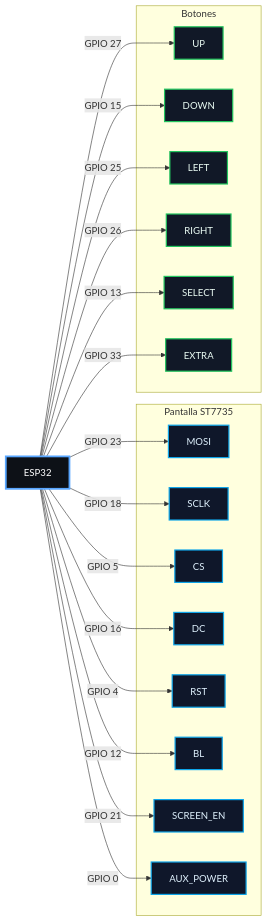
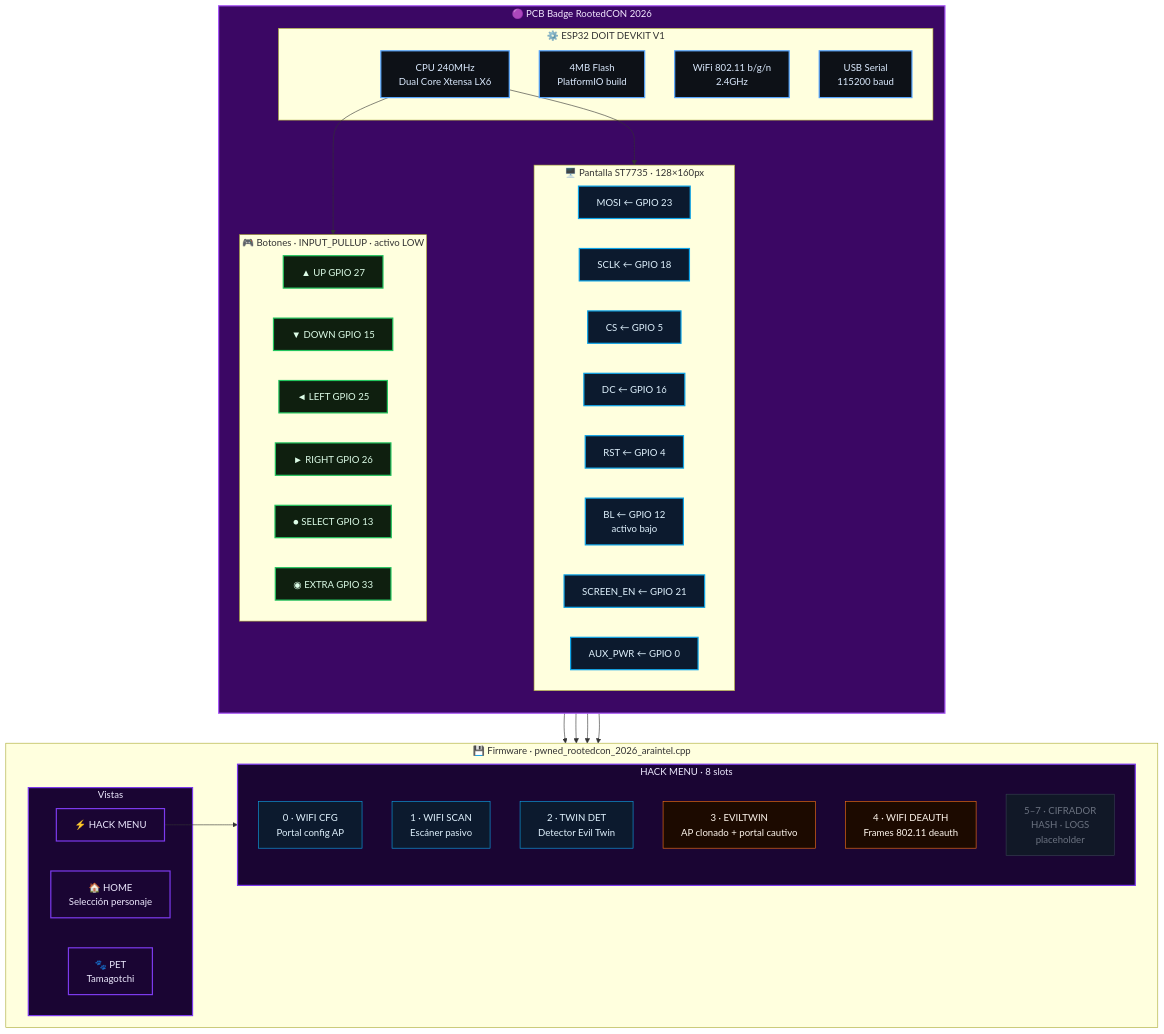
The fourth of 4 diagrams in README.md (0x72656e7675/pwned_rootedcon2026_badge_araintel), drawn with Mermaid before and after one commit. The commit also changed other lines of this file, not shown here.

Commit message:
Refactor README.md to enhance hardware diagram and project description

````diff
--- a/README.md
+++ b/README.md
@@ -290,47 +343,81 @@
 ```mermaid
-graph LR
-    ESP32["ESP32"]
+graph TB
+    subgraph BADGE["🟣 PCB Badge RootedCON 2026"]
+        direction TB
 
-    subgraph TFT["Pantalla ST7735"]
-        MOSI["MOSI"]
-        SCLK["SCLK"]
-        CS["CS"]
-        DC["DC"]
-        RST["RST"]
-        BL["BL"]
-        SCREEN_EN["SCREEN_EN"]
-        AUX_POWER["AUX_POWER"]
+        subgraph CORE["⚙️ ESP32 DOIT DEVKIT V1"]
+            CPU["CPU 240MHz\nDual Core Xtensa LX6"]
+            FLASH["4MB Flash\nPlatformIO build"]
+            WIFI_HW["WiFi 802.11 b/g/n\n2.4GHz"]
+            USB["USB Serial\n115200 baud"]
+        end
+
+        subgraph DISPLAY["🖥️ Pantalla ST7735 · 128×160px"]
+            direction LR
+            MOSI["MOSI ← GPIO 23"]
+            SCLK["SCLK ← GPIO 18"]
+            CS["CS   ← GPIO  5"]
+            DC["DC   ← GPIO 16"]
+            RST["RST  ← GPIO  4"]
+            BL["BL   ← GPIO 12\n activo bajo"]
+            SCREN["SCREEN_EN ← GPIO 21"]
+            AUXP["AUX_PWR   ← GPIO  0"]
+        end
+
+        subgraph BUTTONS["🎮 Botones · INPUT_PULLUP · activo LOW"]
+            direction LR
+            BUP["▲ UP     GPIO 27"]
+            BDOWN["▼ DOWN   GPIO 15"]
+            BLEFT["◄ LEFT   GPIO 25"]
+            BRIGHT["► RIGHT  GPIO 26"]
+            BSEL["● SELECT GPIO 13"]
+            BEXT["◉ EXTRA  GPIO 33"]
+        end
     end
 
-    subgraph BTN["Botones"]
-        UP["UP"]
-        DOWN["DOWN"]
-        LEFT["LEFT"]
-        RIGHT["RIGHT"]
-        SELECT["SELECT"]
-        EXTRA["EXTRA"]
+    subgraph FIRMWARE["💾 Firmware · pwned_rootedcon_2026_araintel.cpp"]
+        direction LR
+
+        subgraph VIEWS["Vistas"]
+            HOME["🏠 HOME\nSelección personaje"]
+            PET["🐾 PET\nTamagotchi"]
+            HACK["⚡ HACK MENU"]
+        end
+
+        subgraph HACKMENU["HACK MENU · 8 slots"]
+            direction TB
+            S0["0 · WIFI CFG\nPortal config AP"]
+            S1["1 · WIFI SCAN\nEscáner pasivo"]
+            S2["2 · TWIN DET\nDetector Evil Twin"]
+            S3["3 · EVILTWIN\nAP clonado + portal cautivo"]
+            S4["4 · WIFI DEAUTH\nFrames 802.11 deauth"]
+            S5["5–7 · CIFRADOR\nHASH · LOGS\nplaceholder"]
+        end
     end
 
-    ESP32 -->|GPIO 23| MOSI
-    ESP32 -->|GPIO 18| SCLK
-    ESP32 -->|GPIO 5| CS
-    ESP32 -->|GPIO 16| DC
-    ESP32 -->|GPIO 4| RST
-    ESP32 -->|GPIO 12| BL
-    ESP32 -->|GPIO 21| SCREEN_EN
-    ESP32 -->|GPIO 0| AUX_POWER
-    ESP32 -->|GPIO 27| UP
-    ESP32 -->|GPIO 15| DOWN
-    ESP32 -->|GPIO 25| LEFT
-    ESP32 -->|GPIO 26| RIGHT
-    ESP32 -->|GPIO 13| SELECT
-    ESP32 -->|GPIO 33| EXTRA
+    CPU --> DISPLAY
+    CPU --> BUTTONS
+    WIFI_HW --> S1
+    WIFI_HW --> S2
+    WIFI_HW --> S3
+    WIFI_HW --> S4
+    HACK --> HACKMENU
 
-    classDef esp fill:#0d1117,stroke:#58a6ff,color:#ffffff,stroke-width:3px;
-    classDef tft fill:#0f172a,stroke:#0ea5e9,color:#e0f2fe,stroke-width:2px;
-    classDef btn fill:#111827,stroke:#22c55e,color:#ecfdf5,stroke-width:2px;
+    classDef badge fill:#3b0764,stroke:#a855f7,color:#f3e8ff,stroke-width:2px
+    classDef esp fill:#0d1117,stroke:#58a6ff,color:#dbeafe,stroke-width:2px
+    classDef tft fill:#0c1a2e,stroke:#0ea5e9,color:#e0f2fe,stroke-width:2px
+    classDef btn fill:#0f1f0f,stroke:#22c55e,color:#dcfce7,stroke-width:2px
+    classDef fw fill:#1a0533,stroke:#7c3aed,color:#ede9fe,stroke-width:2px
+    classDef safe fill:#0c1a2e,stroke:#0ea5e9,color:#e0f2fe,stroke-width:1px
+    classDef warn fill:#1c0a00,stroke:#f97316,color:#fff7ed,stroke-width:1px
+    classDef ph fill:#111827,stroke:#374151,color:#6b7280,stroke-width:1px
 
-    class ESP32 esp;
-    class MOSI,SCLK,CS,DC,RST,BL,SCREEN_EN,AUX_POWER tft;
-    class UP,DOWN,LEFT,RIGHT,SELECT,EXTRA btn;
+    class BADGE badge
+    class CPU,FLASH,WIFI_HW,USB esp
+    class MOSI,SCLK,CS,DC,RST,BL,SCREN,AUXP tft
+    class BUP,BDOWN,BLEFT,BRIGHT,BSEL,BEXT btn
+    class HOME,PET,HACK,VIEWS,HACKMENU fw
+    class S0,S1,S2 safe
+    class S3,S4 warn
+    class S5 ph
 ```
````
